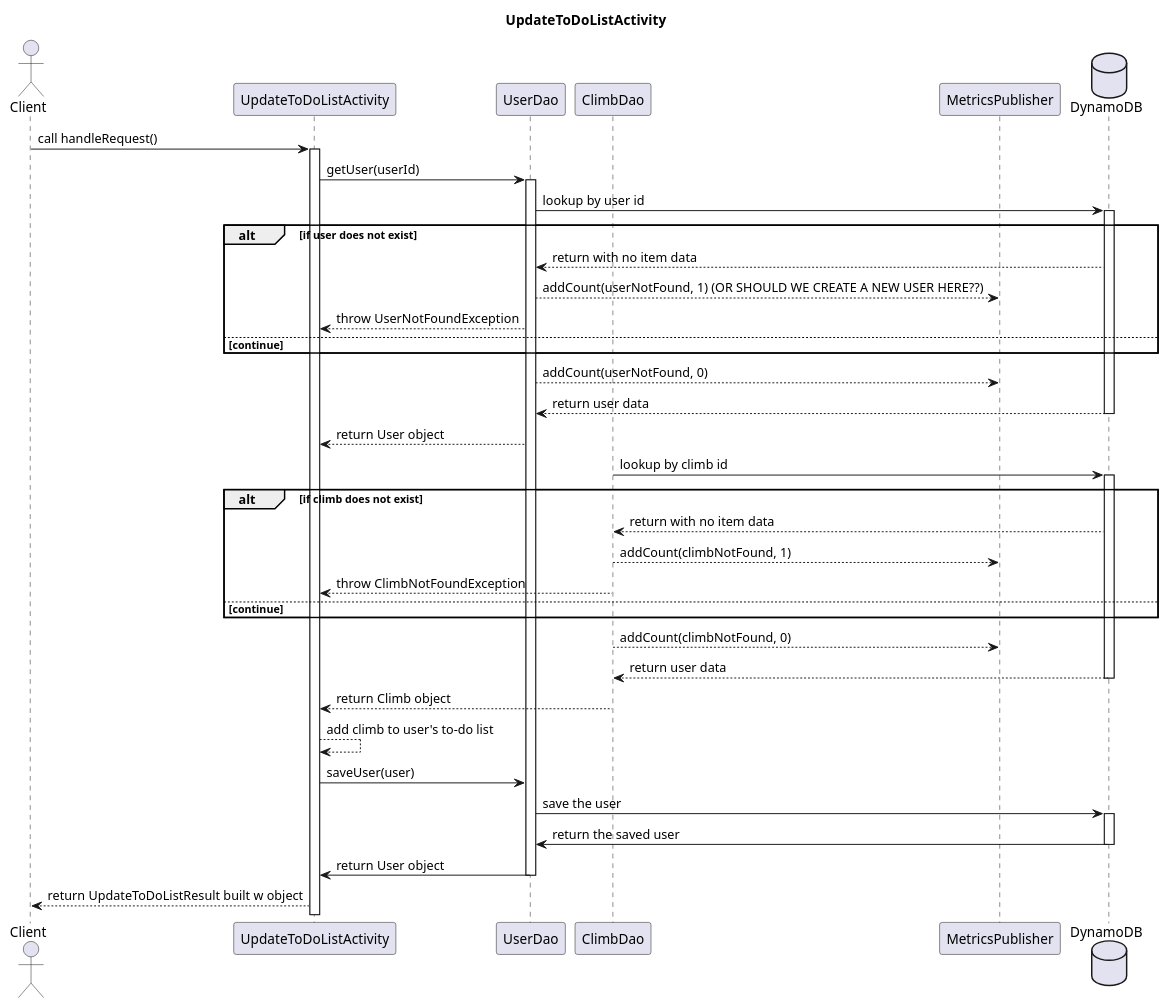
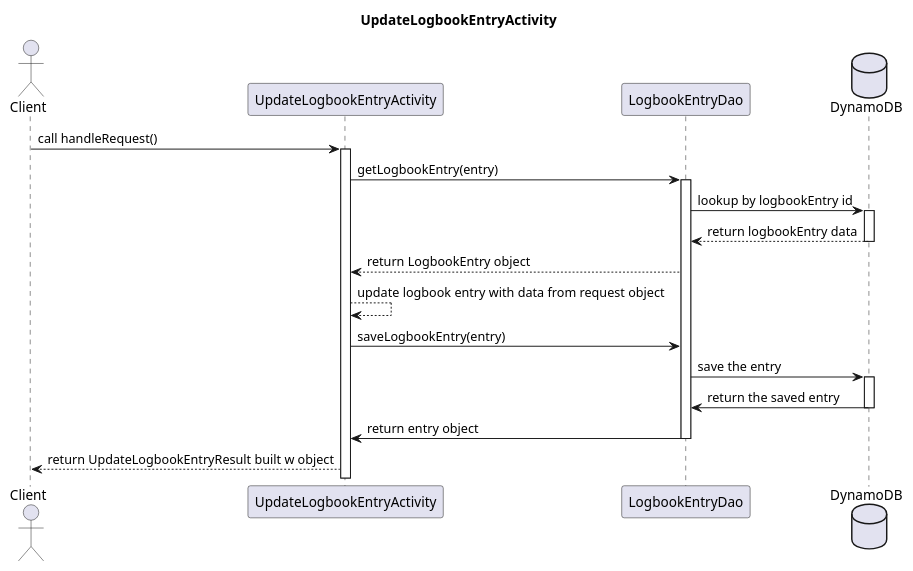
One commit to ardgilb/redpoint changed the diagram in resources/sequence.puml. Above: the diagram before and after it, drawn with PlantUML. The commit also changed 4 other files, not shown here.

```diff
--- a/resources/sequence.puml
+++ b/resources/sequence.puml
@@ -1,60 +1,36 @@
-@startuml
+@startuml sequence.puml
 
 actor "Client" as client
-participant "UpdateToDoListActivity" as utl
-participant "UserDao" as userDao
-participant "ClimbDao" as climbDao
-participant "MetricsPublisher" as metricsPublisher
+participant "UpdateLogbookEntryActivity" as utl
+participant "LogbookEntryDao" as logbookEntryDao
 database "DynamoDB" as dynamoDB
 
-title "UpdateToDoListActivity"
+title "UpdateLogbookEntryActivity"
 
 client -> utl : call handleRequest()
 activate utl
 
-utl -> userDao : getUser(userId)
-activate userDao
+utl -> logbookEntryDao : getLogbookEntry(entry)
+activate logbookEntryDao
 
-userDao -> dynamoDB : lookup by user id
+logbookEntryDao -> dynamoDB : lookup by logbookEntry id
 activate dynamoDB
 
-alt if user does not exist
-dynamoDB --> userDao : return with no item data
-userDao --> metricsPublisher : addCount(userNotFound, 1) (OR SHOULD WE CREATE A NEW USER HERE??)
-userDao --> utl: throw UserNotFoundException
-else continue
-end
-userDao --> metricsPublisher : addCount(userNotFound, 0)
-dynamoDB --> userDao: return user data
+dynamoDB --> logbookEntryDao: return logbookEntry data
 deactivate dynamoDB
-userDao --> utl : return User object
+logbookEntryDao --> utl : return LogbookEntry object
 
-climbDao -> dynamoDB : lookup by climb id
+utl --> utl : update logbook entry with data from request object
+
+utl -> logbookEntryDao : saveLogbookEntry(entry)
+
+logbookEntryDao -> dynamoDB : save the entry
 activate dynamoDB
+dynamoDB -> logbookEntryDao : return the saved entry
+deactivate dynamoDB
+logbookEntryDao -> utl : return entry object
+deactivate logbookEntryDao
 
-alt if climb does not exist
-dynamoDB --> climbDao : return with no item data
-climbDao --> metricsPublisher : addCount(climbNotFound, 1)
-climbDao --> utl: throw ClimbNotFoundException
-else continue
-end
-climbDao --> metricsPublisher : addCount(climbNotFound, 0)
-dynamoDB --> climbDao: return user data
-deactivate dynamoDB
-
-climbDao --> utl : return Climb object
-
-utl --> utl : add climb to user's to-do list
-
-utl -> userDao : saveUser(user)
-
-userDao -> dynamoDB : save the user
-activate dynamoDB
-dynamoDB -> userDao : return the saved user
-deactivate dynamoDB
-userDao -> utl : return User object
-deactivate userDao
-
-utl --> client : return UpdateToDoListResult built w object
+utl --> client : return UpdateLogbookEntryResult built w object
 
 @enduml
```
